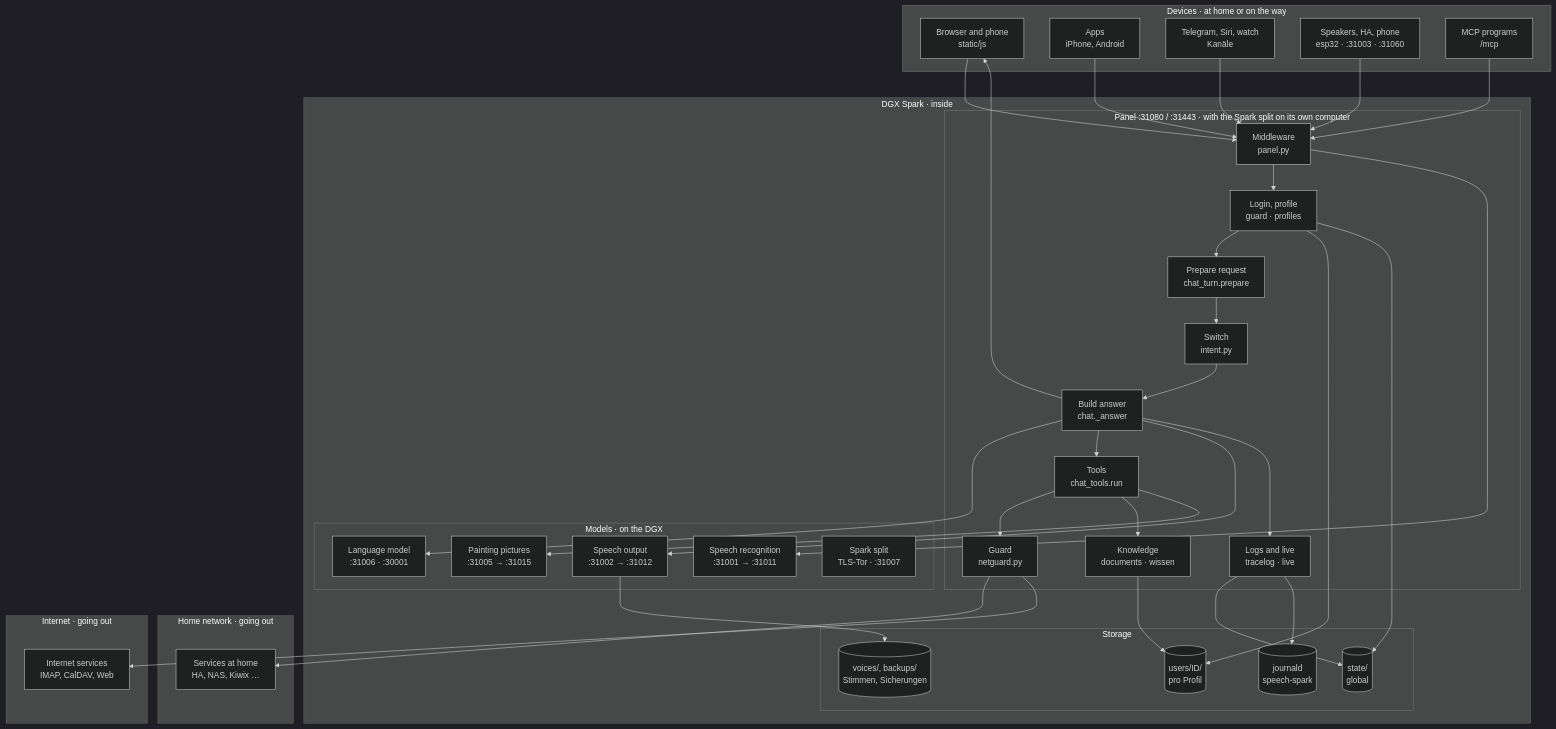
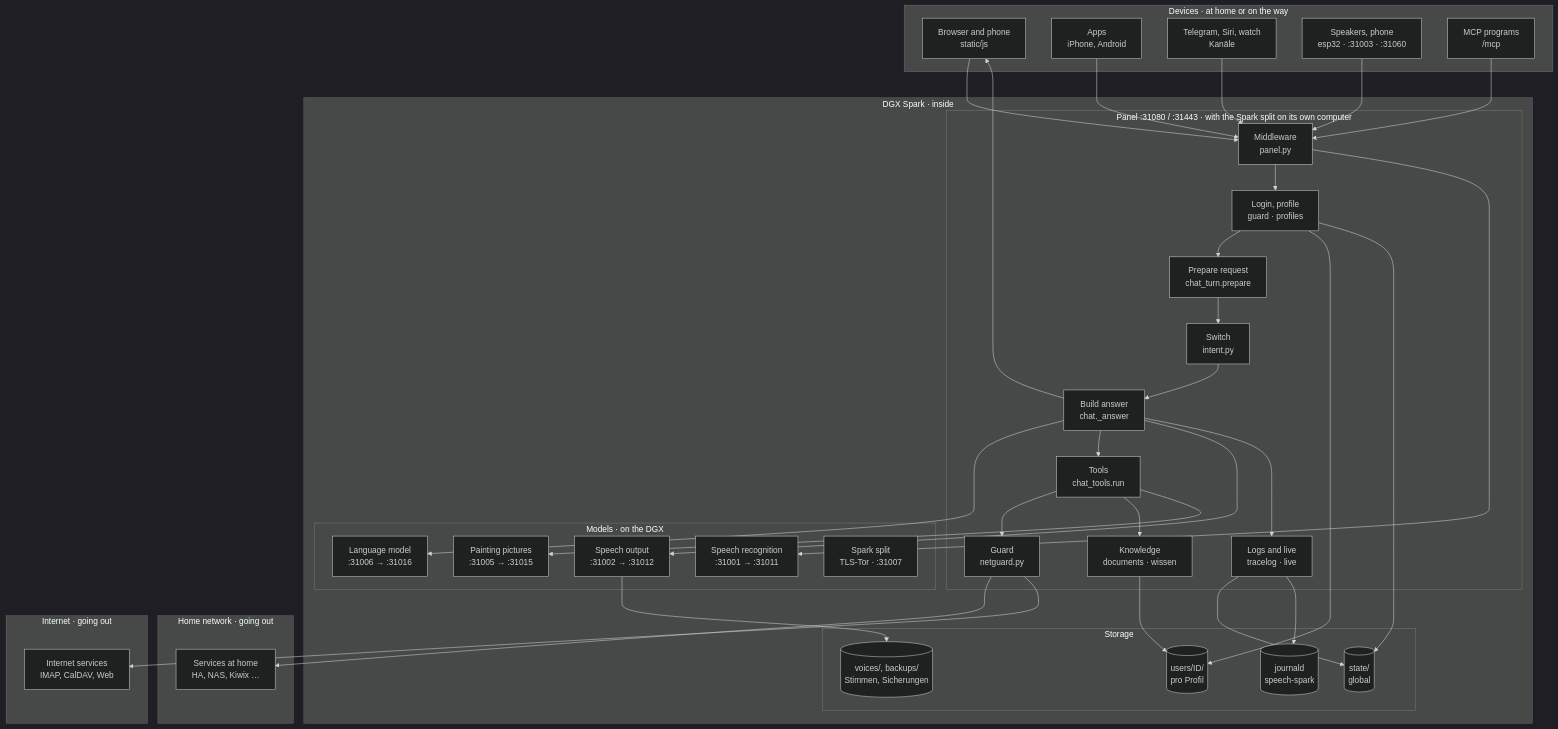
One commit to db9979/speech-on-dgx-spark changed the first of 26 diagrams in docs/en/architecture.md. Above: the diagram before and after it, drawn with Mermaid (dark theme). The commit also changed other lines of this file and 26 other files, not shown here.

First line of the commit message:
V01.0.669 Docs and help name the own language model; test_doku_stand keeps README, diagram and ports in step

````diff
--- a/docs/en/architecture.md
+++ b/docs/en/architecture.md
@@ -16,68 +16,68 @@
 ```mermaid
 flowchart TB
   subgraph z_geraete["Devices · at home or on the way"]
     geraet["Browser and phone<br/>static/js"]
     apps["Apps<br/>iPhone, Android"]
     kanaele["Telegram, Siri, watch<br/>Kanäle"]
-    lautsprecher["Speakers, HA, phone<br/>esp32 · :31003 · :31060"]
+    lautsprecher["Speakers, phone<br/>esp32 · :31003 · :31060"]
     mcpc["MCP programs<br/>/mcp"]
   end
   subgraph z_spark["DGX Spark · inside"]
     subgraph z_panel["Panel :31080 / :31443 · with the Spark split on its own computer"]
       middleware["Middleware<br/>panel.py"]
       zugang["Login, profile<br/>guard · profiles"]
       vorbereiten["Prepare request<br/>chat_turn.prepare"]
       weiche["Switch<br/>intent.py"]
       antwort["Build answer<br/>chat._answer"]
       werkzeuge["Tools<br/>chat_tools.run"]
       wissen["Knowledge<br/>documents · wissen"]
       waechter["Guard<br/>netguard.py"]
       betrieb["Logs and live<br/>tracelog · live"]
     end
     subgraph z_modelle["Models · on the DGX"]
-      llm["Language model<br/>:31006 · :30001"]
+      llm["Language model<br/>:31006 → :31016"]
       asr["Speech recognition<br/>:31001 → :31011"]
       tts["Speech output<br/>:31002 → :31012"]
       bild["Painting pictures<br/>:31005 → :31015"]
       teilen["Spark split<br/>TLS-Tor · :31007"]
     end
     subgraph z_speicher["Storage"]
       state[("state/<br/>global")]
       users[("users/ID/<br/>pro Profil")]
       ablage[("voices/, backups/<br/>Stimmen, Sicherungen")]
       journal[("journald<br/>speech-spark")]
     end
   end
   subgraph z_heimnetz["Home network · going out"]
     aussen["Services at home<br/>HA, NAS, Kiwix …"]
   end
   subgraph z_internet["Internet · going out"]
     internet["Internet services<br/>IMAP, CalDAV, Web"]
   end
   geraet --> middleware
   apps --> middleware
   kanaele --> middleware
   lautsprecher --> middleware
   mcpc --> middleware
   middleware --> zugang
   middleware --> asr
   zugang --> vorbereiten
   vorbereiten --> weiche
   weiche --> antwort
   antwort --> llm
   antwort --> werkzeuge
   werkzeuge --> waechter
   waechter --> aussen
   waechter --> internet
   werkzeuge --> wissen
   antwort --> tts
   werkzeuge --> bild
   antwort --> geraet
   antwort --> betrieb
   betrieb --> state
   betrieb --> journal
   wissen --> users
   zugang --> users
   zugang --> state
   tts --> ablage
 ```
````
